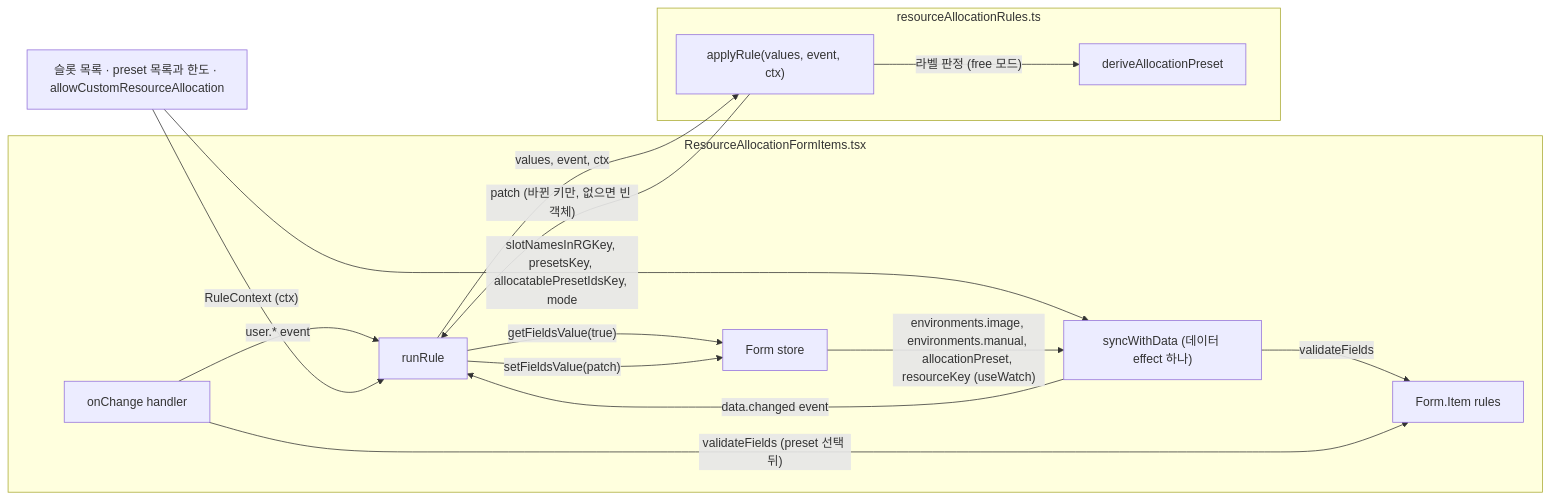
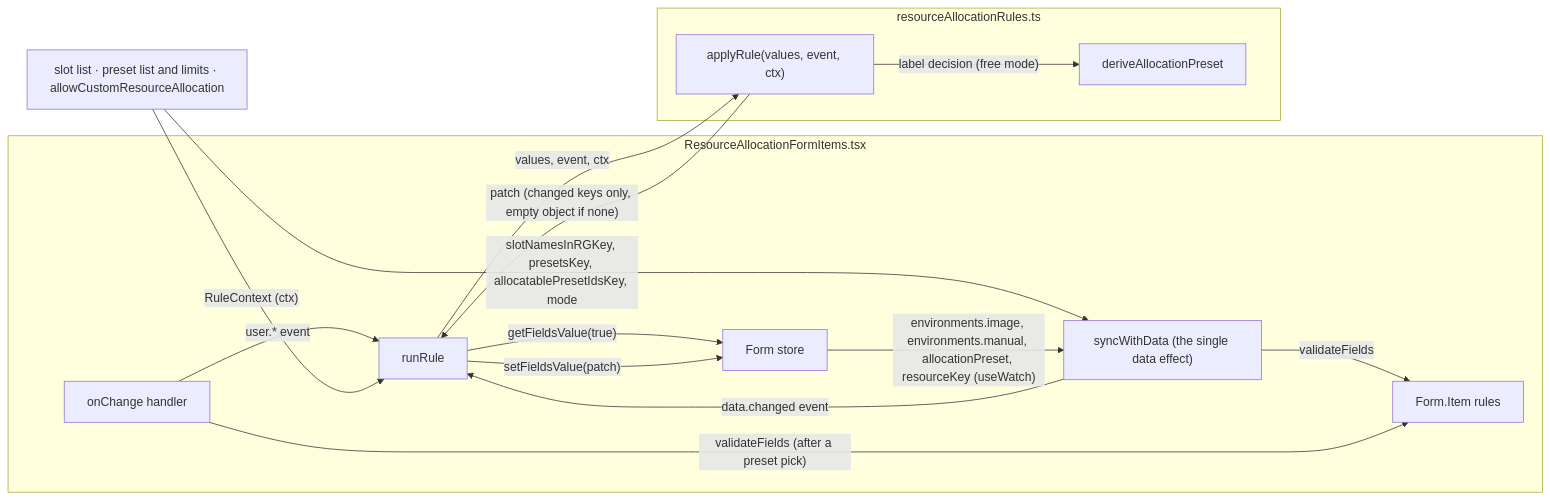
The diagram in docs/adr/0016-rule-module-for-the-resource-allocation-form.md (lablup/backend.ai-webui), drawn with Mermaid before and after one commit. The commit also changed other lines of this file and 15 other files, not shown here.

First line of the commit message:
chore(#10802): translate ADR 0003–0017 and ARCHITECTURE.md into English

````diff
--- a/docs/adr/0016-rule-module-for-the-resource-allocation-form.md
+++ b/docs/adr/0016-rule-module-for-the-resource-allocation-form.md
@@ -21,27 +21,27 @@
 ```mermaid
 flowchart LR
   subgraph ui["ResourceAllocationFormItems.tsx"]
     handler["onChange handler"]
-    effect["syncWithData (데이터 effect 하나)"]
+    effect["syncWithData (the single data effect)"]
     runRule["runRule"]
     form["Form store"]
     validator["Form.Item rules"]
   end
   subgraph rules["resourceAllocationRules.ts"]
     apply["applyRule(values, event, ctx)"]
     derive["deriveAllocationPreset"]
   end
-  data["슬롯 목록 · preset 목록과 한도 · allowCustomResourceAllocation"]
+  data["slot list · preset list and limits · allowCustomResourceAllocation"]
   handler -- "user.* event" --> runRule
   effect -- "data.changed event" --> runRule
   data -- "RuleContext (ctx)" --> runRule
   data -- "slotNamesInRGKey, presetsKey, allocatablePresetIdsKey, mode" --> effect
   form -- "environments.image, environments.manual, allocationPreset, resourceKey (useWatch)" --> effect
   runRule -- "getFieldsValue(true)" --> form
   runRule -- "values, event, ctx" --> apply
-  apply -- "라벨 판정 (free 모드)" --> derive
-  apply -- "patch (바뀐 키만, 없으면 빈 객체)" --> runRule
+  apply -- "label decision (free mode)" --> derive
+  apply -- "patch (changed keys only, empty object if none)" --> runRule
   runRule -- "setFieldsValue(patch)" --> form
   effect -- "validateFields" --> validator
-  handler -- "validateFields (preset 선택 뒤)" --> validator
+  handler -- "validateFields (after a preset pick)" --> validator
 ```
````
